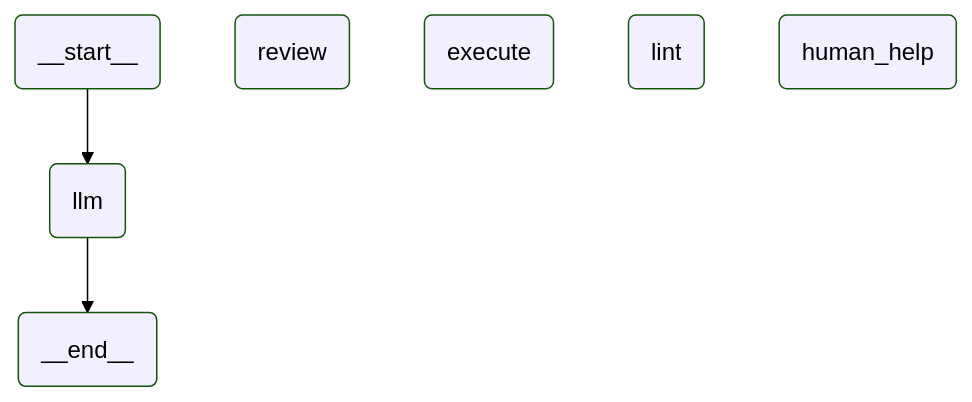
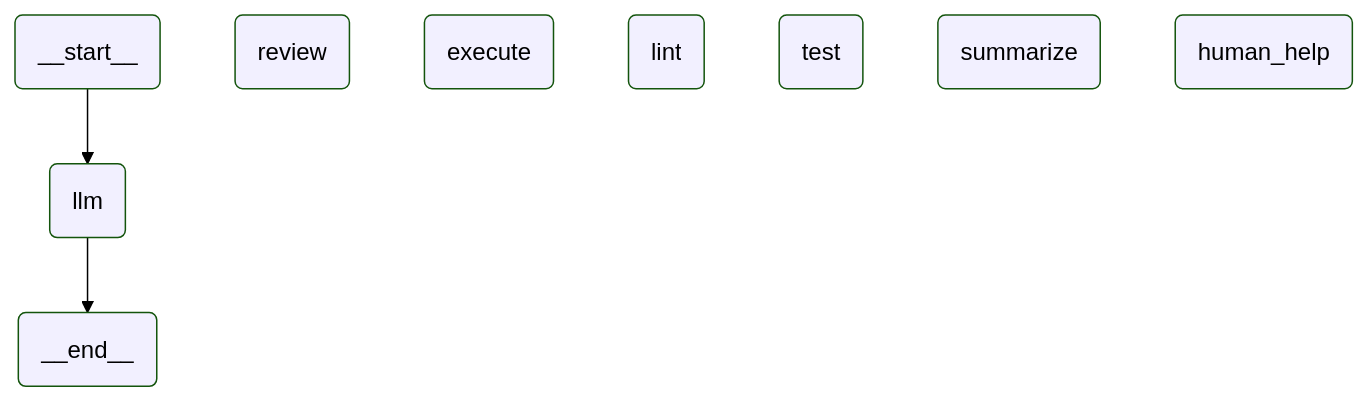
Before and after one commit to yuto0o/local-coding_agent: the diagram in graph.md, drawn with Mermaid (forest theme).

Commit message:
readme ローカルllmサーバーは自分で建ててね

````diff
--- a/graph.md
+++ b/graph.md
@@ -1,21 +1,23 @@
 ```mermaid
 ---
 config:
   flowchart:
     curve: linear
 ---
 graph TD;
 	__start__(<p>__start__</p>)
 	llm(llm)
 	review(review)
 	execute(execute)
 	lint(lint)
+	test(test)
+	summarize(summarize)
 	human_help(human_help)
 	__end__(<p>__end__</p>)
 	__start__ --> llm;
 	llm --> __end__;
 	classDef default fill:#f2f0ff,line-height:1.2
 	classDef first fill-opacity:0
 	classDef last fill:#bfb6fc
 
 ```
````
